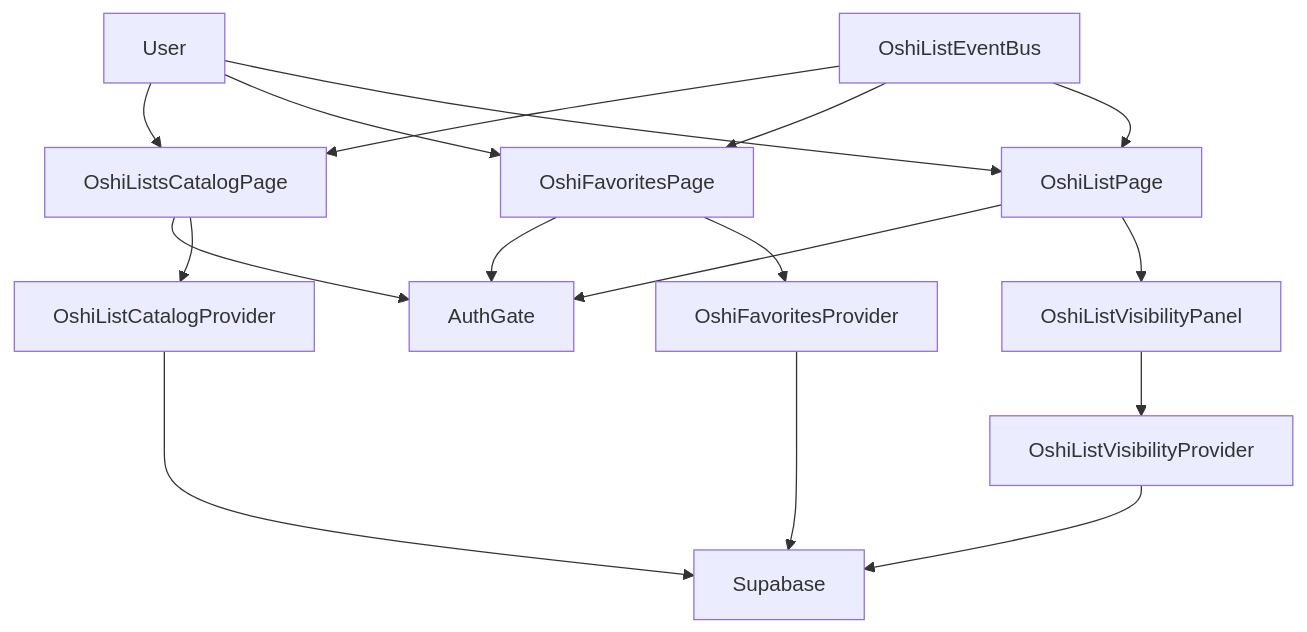
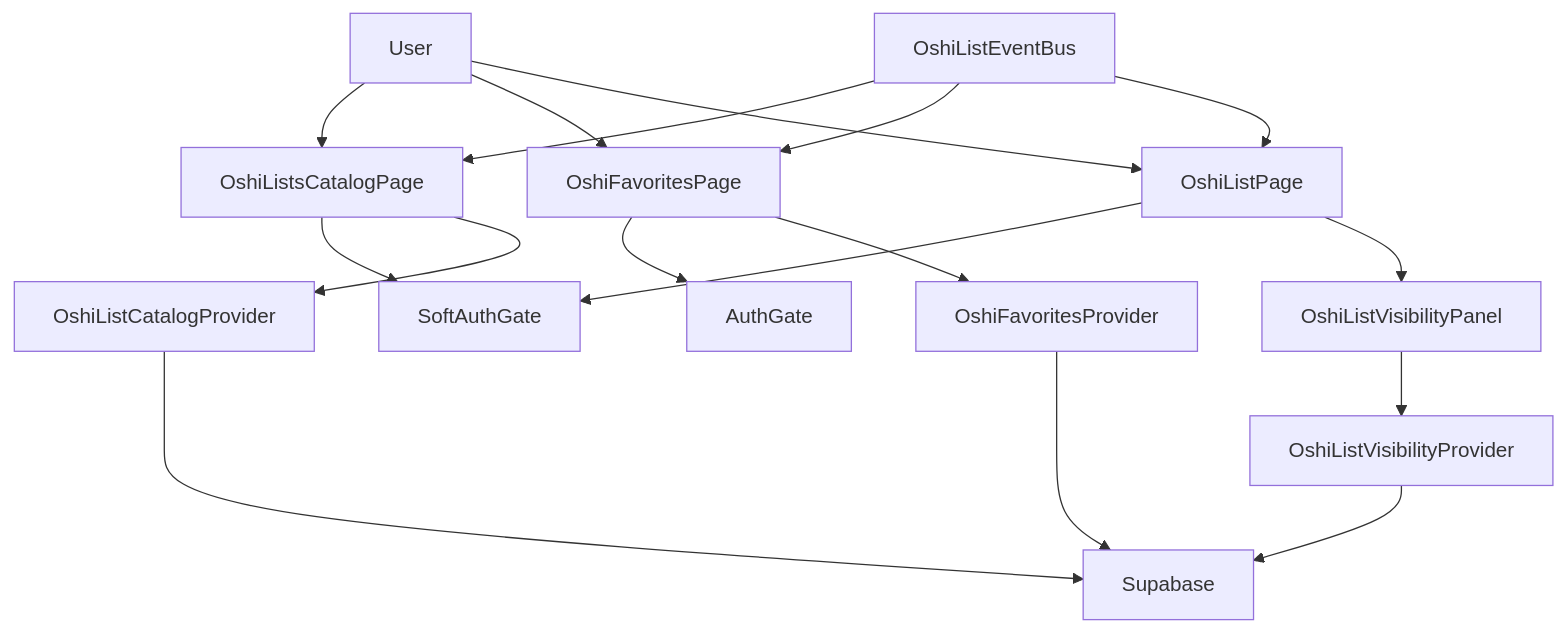
The first of 4 diagrams in .kiro/specs/oshi-list-favorites-registered-only/design.md (arinko39140/mangadouga), drawn with Mermaid before and after one commit. The commit also changed other lines of this file, not shown here.

Commit message:
Adjust auth flow for public pages

````diff
--- a/.kiro/specs/oshi-list-favorites-registered-only/design.md
+++ b/.kiro/specs/oshi-list-favorites-registered-only/design.md
@@ -68,19 +68,19 @@
 ```mermaid
 graph TB
   User --> OshiListsCatalogPage
   User --> OshiFavoritesPage
   User --> OshiListPage
-  OshiListsCatalogPage --> AuthGate
+  OshiListsCatalogPage --> SoftAuthGate
   OshiFavoritesPage --> AuthGate
-  OshiListPage --> AuthGate
+  OshiListPage --> SoftAuthGate
   OshiListsCatalogPage --> OshiListCatalogProvider
   OshiFavoritesPage --> OshiFavoritesProvider
   OshiListPage --> OshiListVisibilityPanel
   OshiListVisibilityPanel --> OshiListVisibilityProvider
   OshiListCatalogProvider --> Supabase
   OshiFavoritesProvider --> Supabase
   OshiListVisibilityProvider --> Supabase
   OshiListEventBus --> OshiListsCatalogPage
   OshiListEventBus --> OshiFavoritesPage
   OshiListEventBus --> OshiListPage
 ```
````
